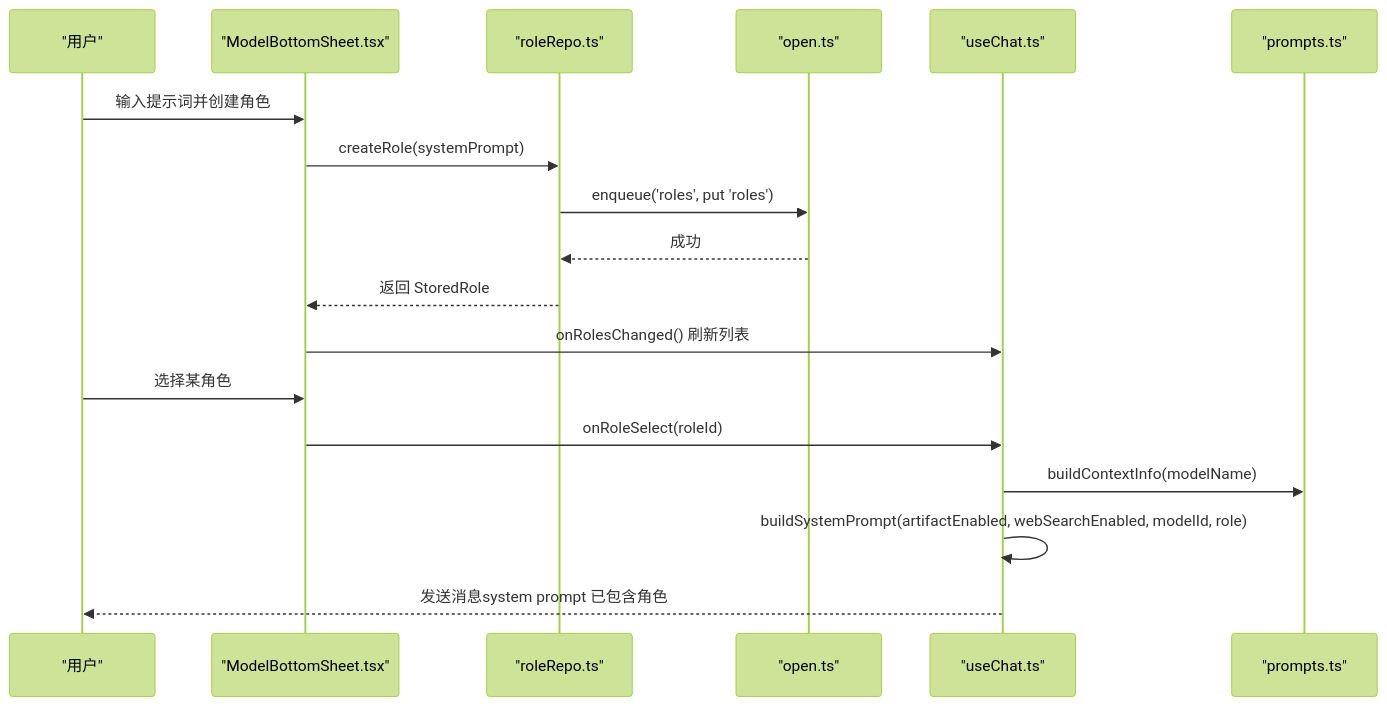
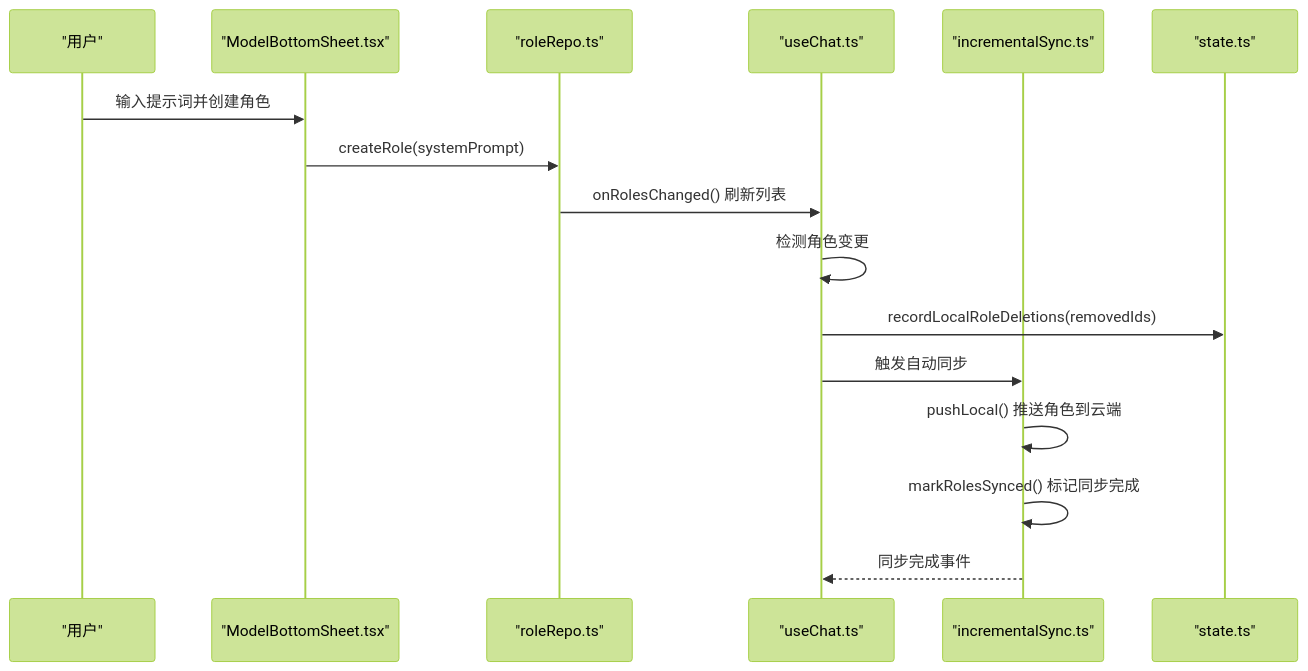
The second of 8 diagrams in .qoder/repowiki/zh/content/聊天模块/角色系统.md (billye220670/AIShop), drawn with Mermaid (forest theme) before and after one commit. The commit also changed other lines of this file and 30 other files, not shown here.

First line of the commit message:
fix: 修复 BYOC 自动同步与流式输出的竞态（圆点中断、Load failed、图片不可用）

````diff
--- a/.qoder/repowiki/zh/content/聊天模块/角色系统.md
+++ b/.qoder/repowiki/zh/content/聊天模块/角色系统.md
@@ -81,20 +99,18 @@
 ```mermaid
 sequenceDiagram
 participant U as "用户"
 participant UI as "ModelBottomSheet.tsx"
 participant R as "roleRepo.ts"
-participant D as "open.ts"
 participant H as "useChat.ts"
-participant P as "prompts.ts"
+participant S as "incrementalSync.ts"
+participant ST as "state.ts"
 U->>UI : 输入提示词并创建角色
 UI->>R : createRole(systemPrompt)
-R->>D : enqueue('roles', put 'roles')
-D-->>R : 成功
-R-->>UI : 返回 StoredRole
-UI->>H : onRolesChanged() 刷新列表
-U->>UI : 选择某角色
-UI->>H : onRoleSelect(roleId)
-H->>P : buildContextInfo(modelName)
-H->>H : buildSystemPrompt(artifactEnabled, webSearchEnabled, modelId, role)
-H-->>U : 发送消息system prompt 已包含角色
+R->>H : onRolesChanged() 刷新列表
+H->>H : 检测角色变更
+H->>ST : recordLocalRoleDeletions(removedIds)
+H->>S : 触发自动同步
+S->>S : pushLocal() 推送角色到云端
+S->>S : markRolesSynced() 标记同步完成
+S-->>H : 同步完成事件
 ```
````
